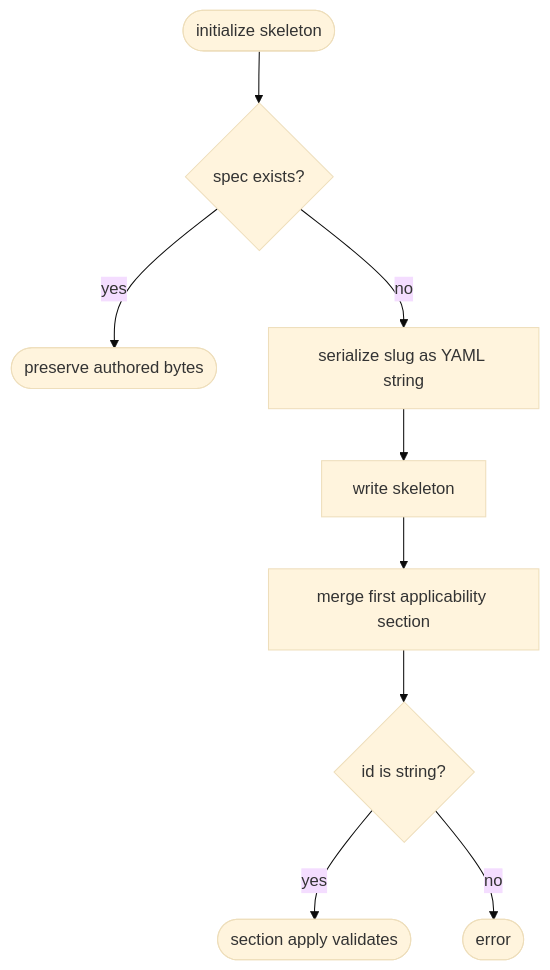
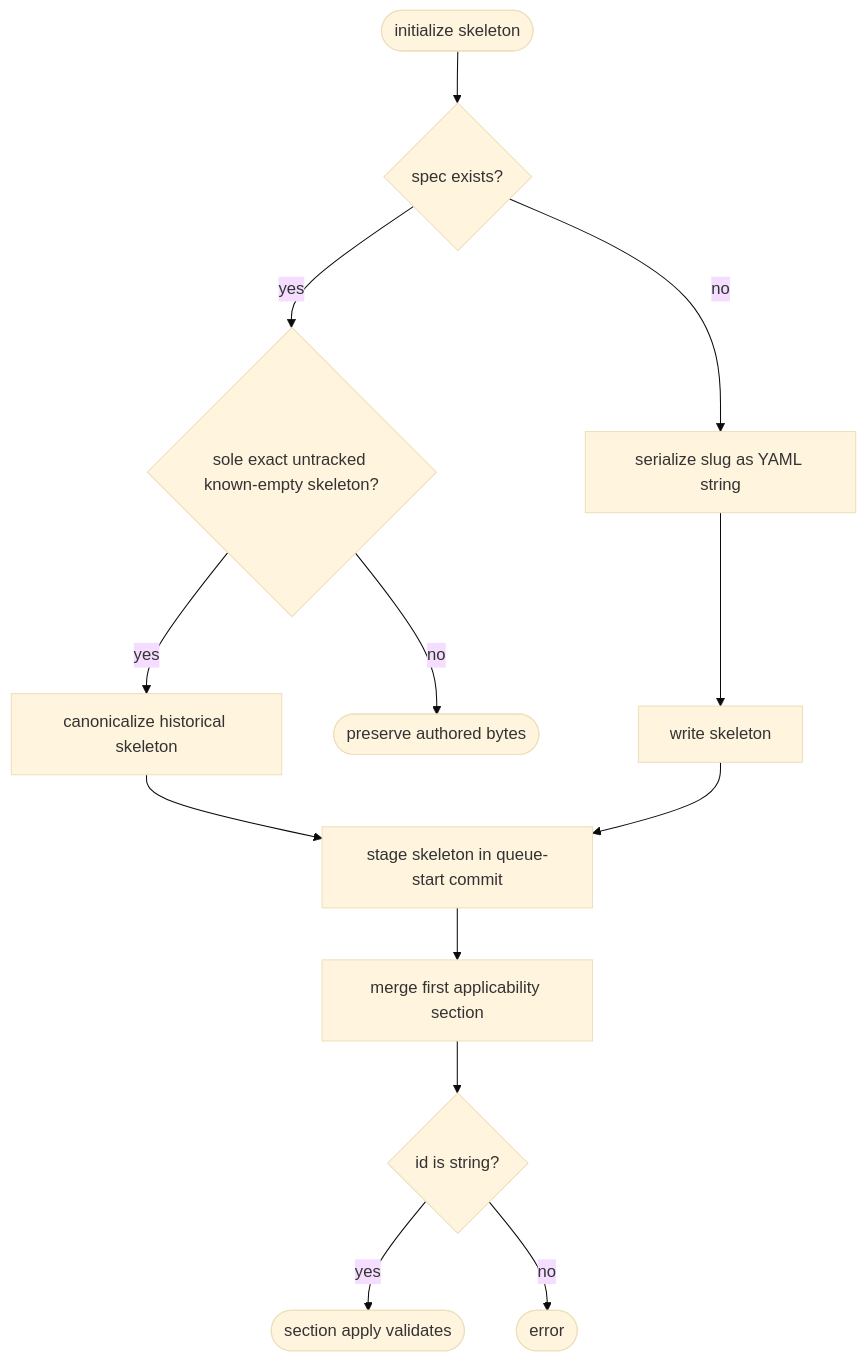
The first of 2 diagrams in apps/agentic-workflow/tech-design/logic/numeric-td-skeleton-id.md (chrischeng-c4/axiom), drawn with Mermaid (base theme) before and after one commit. The commit also changed other lines of this file and 7 other files, not shown here.

````diff
--- a/apps/agentic-workflow/tech-design/logic/numeric-td-skeleton-id.md
+++ b/apps/agentic-workflow/tech-design/logic/numeric-td-skeleton-id.md
@@ -19,34 +25,45 @@
 ```mermaid
 ---
 id: numeric-td-skeleton-id
 entry: start
 nodes:
   start: { kind: start, label: "initialize_td_spec_skeleton(path, slug)" }
   exists: { kind: decision, label: "spec already exists?" }
   preserve: { kind: terminal, label: "return false; preserve authored bytes" }
+  exact_untracked: { kind: decision, label: "sole exact ?? target with known empty bytes?" }
+  canonicalize: { kind: process, label: "canonicalize exact historical empty skeleton" }
   encode: { kind: process, label: "serde_yaml::to_string(slug) as a string scalar" }
   write: { kind: process, label: "write skeleton frontmatter with encoded id" }
+  queue_start: { kind: process, label: "stage skeleton in Td-Queue-Start" }
   apply: { kind: process, label: "merge first applicability section" }
   validate: { kind: decision, label: "frontmatter id parses with as_str()?" }
   success: { kind: terminal, label: "section apply validates" }
   reject: { kind: terminal, label: "serialization or validation error" }
 edges:
   - { from: start, to: exists }
-  - { from: exists, to: preserve, label: "yes" }
+  - { from: exists, to: exact_untracked, label: "yes" }
   - { from: exists, to: encode, label: "no" }
+  - { from: exact_untracked, to: canonicalize, label: "yes" }
+  - { from: exact_untracked, to: preserve, label: "no" }
+  - { from: canonicalize, to: queue_start }
   - { from: encode, to: write }
-  - { from: write, to: apply }
+  - { from: write, to: queue_start }
+  - { from: queue_start, to: apply }
   - { from: apply, to: validate }
   - { from: validate, to: success, label: "yes" }
   - { from: validate, to: reject, label: "no" }
 ---
 flowchart TD
   start([initialize skeleton]) --> exists{spec exists?}
-  exists -->|yes| preserve([preserve authored bytes])
+  exists -->|yes| exact_untracked{sole exact untracked known-empty skeleton?}
   exists -->|no| encode[serialize slug as YAML string]
+  exact_untracked -->|yes| canonicalize[canonicalize historical skeleton]
+  exact_untracked -->|no| preserve([preserve authored bytes])
   encode --> write[write skeleton]
-  write --> apply[merge first applicability section]
+  canonicalize --> queue_start[stage skeleton in queue-start commit]
+  write --> queue_start
+  queue_start --> apply[merge first applicability section]
   apply --> validate{id is string?}
   validate -->|yes| success([section apply validates])
   validate -->|no| reject([error])
 ```
````
